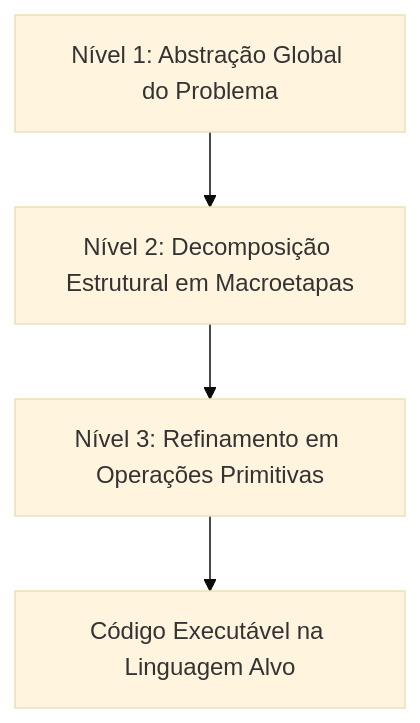
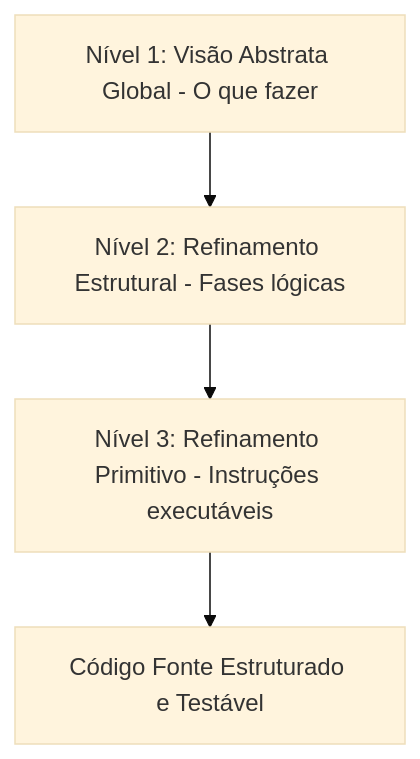
Before and after one commit to murilolol/unifef: the sixth of 33 diagrams in 4º Semestre/[Prof. Wesley Soares] Estrutura de Dados I/Resumos-IA/Caderno-Consolidado.md, drawn with Mermaid (base theme). The commit also changed other lines of this file and 18 other files, not shown here.

````diff
--- a/4º Semestre/[Prof. Wesley Soares] Estrutura de Dados I/Resumos-IA/Caderno-Consolidado.md
+++ b/4º Semestre/[Prof. Wesley Soares] Estrutura de Dados I/Resumos-IA/Caderno-Consolidado.md
@@ -261,6 +294,6 @@
 ```mermaid
 flowchart TD
-    N1["Nível 1: Abstração Global do Problema"] --> N2["Nível 2: Decomposição Estrutural em Macroetapas"]
-    N2 --> N3["Nível 3: Refinamento em Operações Primitivas"]
-    N3 --> N4["Código Executável na Linguagem Alvo"]
+    N1["Nível 1: Visão Abstrata Global - O que fazer"] --> N2["Nível 2: Refinamento Estrutural - Fases lógicas"]
+    N2 --> N3["Nível 3: Refinamento Primitivo - Instruções executáveis"]
+    N3 --> Code["Código Fonte Estruturado e Testável"]
 ```
````
